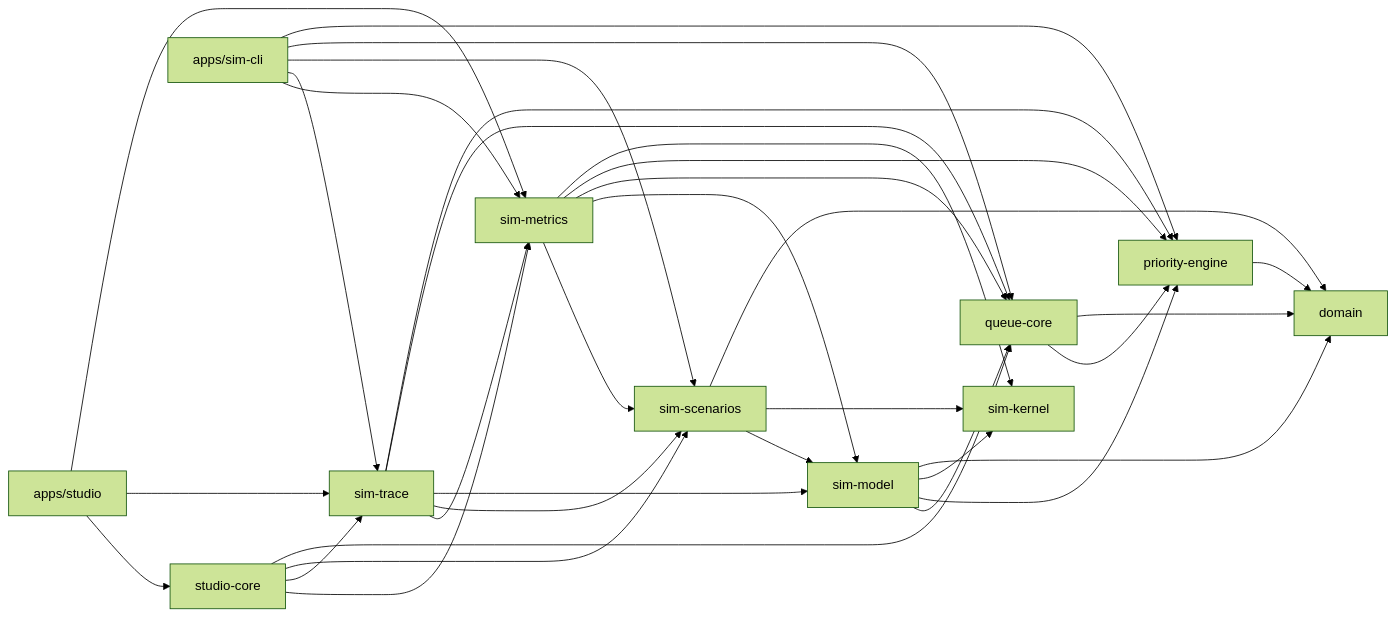
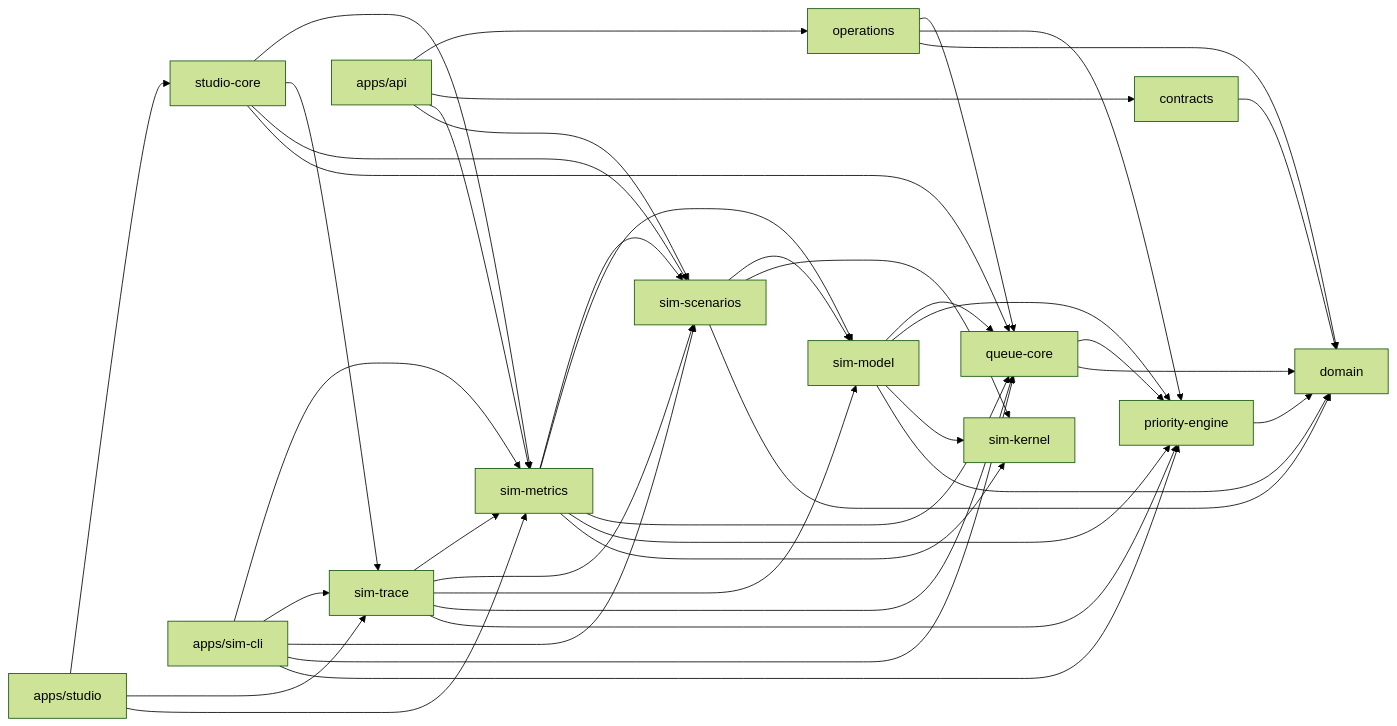
Before and after one commit to leviuzz/gaterush: the first of 3 diagrams in ARCHITECTURE.md, drawn with Mermaid (forest theme). The commit also changed other lines of this file and 46 other files, not shown here.

````diff
--- a/ARCHITECTURE.md
+++ b/ARCHITECTURE.md
@@ -50,46 +53,57 @@
 ```mermaid
 flowchart LR
   domain["domain"]
   kernel["sim-kernel"]
   engine["priority-engine"]
   queue["queue-core"]
   model["sim-model"]
   scenarios["sim-scenarios"]
   metrics["sim-metrics"]
   trace["sim-trace"]
   studiocore["studio-core"]
+  operations["operations"]
+  contracts["contracts"]
+  api["apps/api"]
   cli["apps/sim-cli"]
   studio["apps/studio"]
   engine --> domain
   queue --> engine
   queue --> domain
   model --> queue
   model --> engine
   model --> kernel
   model --> domain
   scenarios --> model
   scenarios --> kernel
   scenarios --> domain
   metrics --> scenarios
   metrics --> model
   metrics --> queue
   metrics --> engine
   metrics --> kernel
   trace --> metrics
   trace --> scenarios
   trace --> model
   trace --> queue
   trace --> engine
   cli --> metrics
   cli --> trace
   cli --> scenarios
   cli --> queue
   cli --> engine
   studiocore --> metrics
   studiocore --> trace
   studiocore --> scenarios
   studiocore --> queue
   studio --> studiocore
   studio --> trace
   studio --> metrics
+  operations --> queue
+  operations --> engine
+  operations --> domain
+  contracts --> domain
+  api --> operations
+  api --> contracts
+  api --> metrics
+  api --> scenarios
 ```
````
